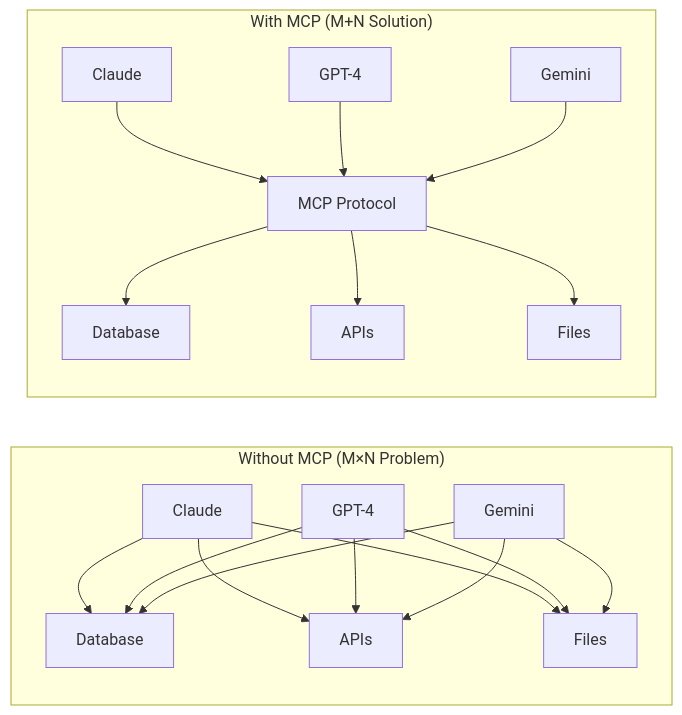
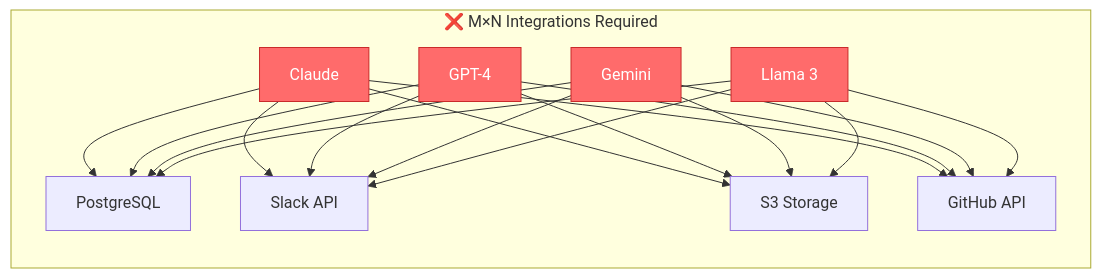
Before and after one commit to umitkacar/Problem-Solving-Code-Snippets-Resource-Curation: the second of 11 diagrams in MCP/README.md, drawn with Mermaid. The commit also changed other lines of this file and 23 other files, not shown here.

````diff
--- a/MCP/README.md
+++ b/MCP/README.md
@@ -11,23 +85,29 @@
 ```mermaid
 graph LR
-    subgraph "Without MCP (M×N Problem)"
-        A1[Claude] --> B1[Database]
-        A1 --> B2[APIs]
-        A1 --> B3[Files]
+    subgraph "❌ M×N Integrations Required"
+        A1[Claude] --> B1[PostgreSQL]
+        A1[Claude] --> B2[Slack API]
+        A1[Claude] --> B3[S3 Storage]
+        A1[Claude] --> B4[GitHub API]
+
         A2[GPT-4] --> B1
-        A2 --> B2
-        A2 --> B3
+        A2[GPT-4] --> B2
+        A2[GPT-4] --> B3
+        A2[GPT-4] --> B4
+
         A3[Gemini] --> B1
-        A3 --> B2
-        A3 --> B3
+        A3[Gemini] --> B2
+        A3[Gemini] --> B3
+        A3[Gemini] --> B4
+
+        A4[Llama 3] --> B1
+        A4[Llama 3] --> B2
+        A4[Llama 3] --> B3
+        A4[Llama 3] --> B4
     end
-    
-    subgraph "With MCP (M+N Solution)"
-        C1[Claude] --> D[MCP Protocol]
-        C2[GPT-4] --> D
-        C3[Gemini] --> D
-        D --> E1[Database]
-        D --> E2[APIs]
-        D --> E3[Files]
-    end
+
+    style A1 fill:#ff6b6b,stroke:#c92a2a,color:#fff
+    style A2 fill:#ff6b6b,stroke:#c92a2a,color:#fff
+    style A3 fill:#ff6b6b,stroke:#c92a2a,color:#fff
+    style A4 fill:#ff6b6b,stroke:#c92a2a,color:#fff
 ```
````
